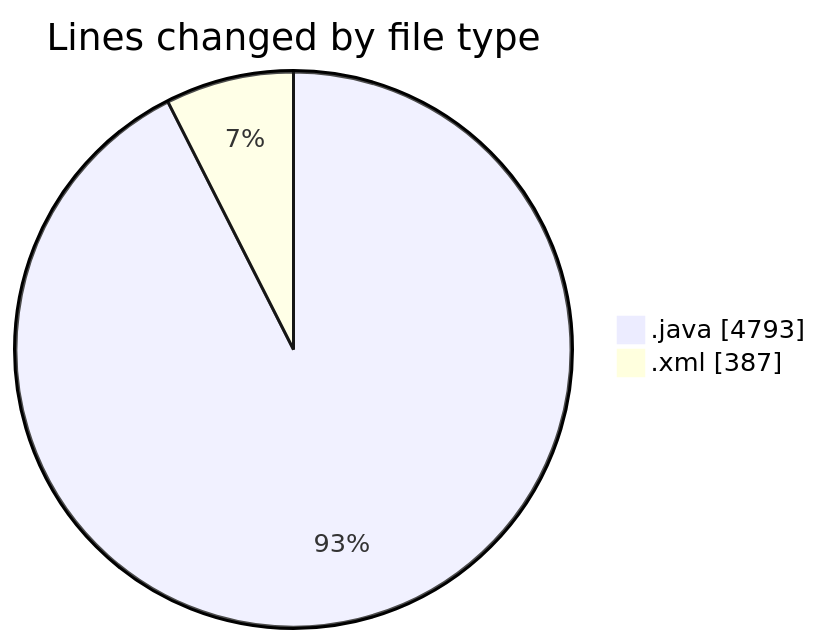
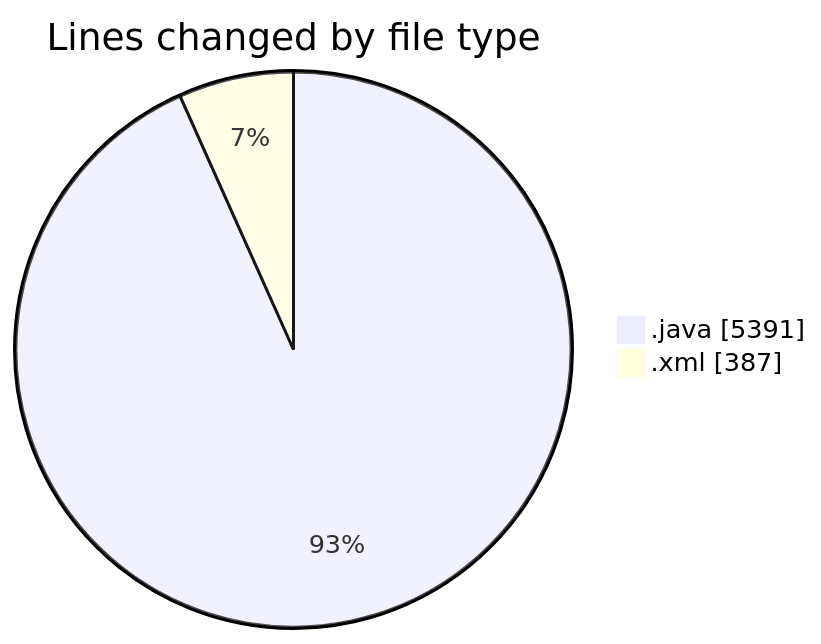
The first of 2 diagrams in 2025-05-01/jmasm/README.md (charlie-sans/code-tracking), drawn with Mermaid before and after one commit. The commit also changed other lines of this file and 1 other file, not shown here.

````diff
--- a/2025-05-01/jmasm/README.md
+++ b/2025-05-01/jmasm/README.md
@@ -30,6 +30,6 @@
 ```mermaid
 pie showData
 title Lines changed by file type
-".java" : 4793
+".java" : 5391
 ".xml" : 387
 ```
````
